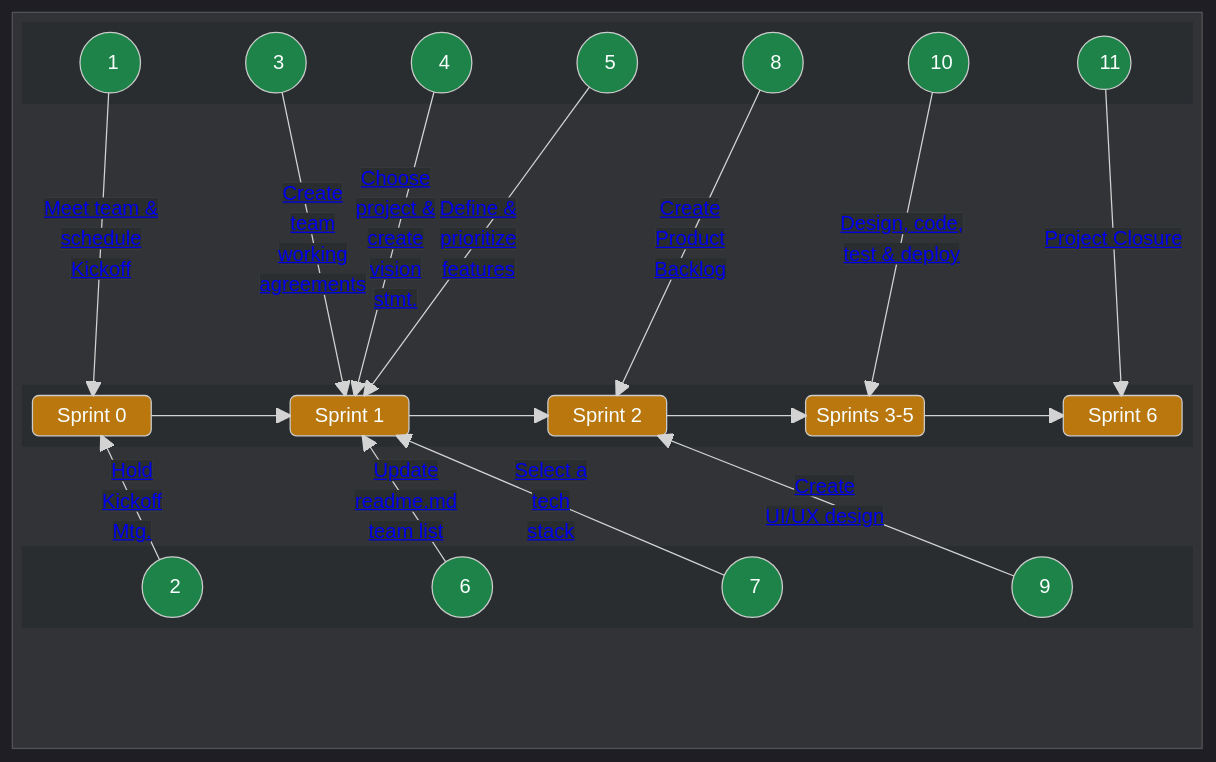
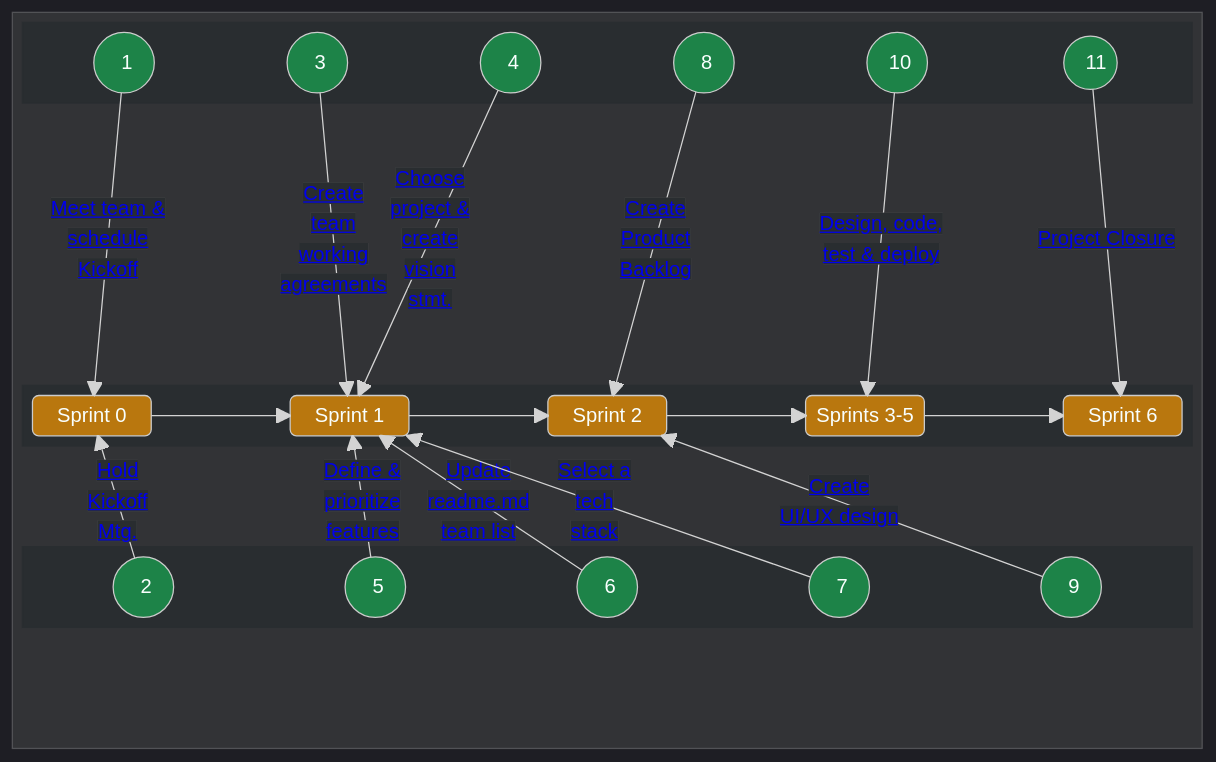
Before and after one commit to chingu-voyages/Handbook: the first of 2 diagrams in docs/guides/voyage/voyage.md, drawn with Mermaid. The commit also changed other lines of this file, not shown here.

Commit message:
Feature: Define Sprint 0 details [WIP]

```diff
--- a/docs/guides/voyage/voyage.md
+++ b/docs/guides/voyage/voyage.md
@@ -74,7 +74,6 @@
         A1(("&nbsp;&nbsp;&nbsp; 1 &nbsp;&nbsp;"))
         A3(("&nbsp;&nbsp;&nbsp; 3 &nbsp;&nbsp;"))
         A4(("&nbsp;&nbsp;&nbsp; 4 &nbsp;&nbsp;"))
-        A5(("&nbsp;&nbsp;&nbsp; 5 &nbsp;&nbsp;"))
         A8(("&nbsp;&nbsp;&nbsp; 8 &nbsp;&nbsp;"))
         A10(("&nbsp;&nbsp;&nbsp;10&nbsp;&nbsp;"))
         A11(("&nbsp;&nbsp;&nbsp;11&nbsp;"))
@@ -98,6 +97,7 @@
       block:B0BOTTOM
         columns 11
         A2(("&nbsp;&nbsp;&nbsp; 2 &nbsp;&nbsp;"))
+        A5(("&nbsp;&nbsp;&nbsp; 5 &nbsp;&nbsp;"))
         A6(("&nbsp;&nbsp;&nbsp; 6 &nbsp;&nbsp;"))
         A7(("&nbsp;&nbsp;&nbsp; 7 &nbsp;&nbsp;"))
         A9(("&nbsp;&nbsp;&nbsp; 9 &nbsp;&nbsp;"))
@@ -109,8 +109,8 @@
       A3 -- "<a style="background-color:#292d30" href="https://github.com/chingu-voyages/Handbook/blob/main/docs/guides/voyage/voyage.md#3-setup-your-teams-working-agreements-">Create</br>team</br>working</br>agreements</a>" --> SPRINT1
       A4 -- "<a style="background-color:#292d30" href="https://github.com/chingu-voyages/Handbook/blob/main/docs/guides/voyage/voyage.md#4-choose-a-project--create-a-vision-statement-">Choose</br>project &</br>create</br>vision</br>stmt.</a>" --> SPRINT1
       A5 -- "<a style="background-color:#292d30" href="https://github.com/chingu-voyages/Handbook/blob/main/docs/guides/voyage/voyage.md#7-define--prioritize-mvp-features-">Define &</br>prioritize</br>features</a>" --> SPRINT1
+      A6 -- "<a style="background-color:#292d30" href="https://github.com/chingu-voyages/Handbook/blob/main/docs/guides/voyage/voyage.md#6-add-your-info-to-the-team-list-in-your-readmemd-%EF%B8%8F">Update</br>readme.md</br>team list<a/>" --> SPRINT1
       A7 -- "<a style="background-color:#292d30" href="https://github.com/chingu-voyages/Handbook/blob/main/docs/guides/voyage/voyage.md#5-select-a-tech-stack">Select a</br>tech</br>stack</a>" --> SPRINT1
-      A6 -- "<a style="background-color:#292d30" href="https://github.com/chingu-voyages/Handbook/blob/main/docs/guides/voyage/voyage.md#6-add-your-info-to-the-team-list-in-your-readmemd-%EF%B8%8F">Update</br>readme.md</br>team list<a/>" --> SPRINT1
       A8 -- "<a style="background-color:#292d30" href="https://github.com/chingu-voyages/Handbook/blob/main/docs/guides/voyage/voyage.md#8-setup-product-backlog-">Create</br>Product</br>Backlog</a>" --> SPRINT2
       A9 -- "<a style="background-color:#292d30" href="https://github.com/chingu-voyages/Handbook/blob/main/docs/guides/voyage/voyage.md#9-create-a-low-fidelity-wireframe-%EF%B8%8F">Create</br>UI/UX design</a>" --> SPRINT2
       A10 -- "<a style="background-color:#292d30" href="https://github.com/chingu-voyages/Handbook/blob/main/docs/guides/voyage/voyage.md#10-sprint-3-5---reaching-your-mvp-">Design, code,</br>test & deploy</a>" --> SPRINTS35
```
